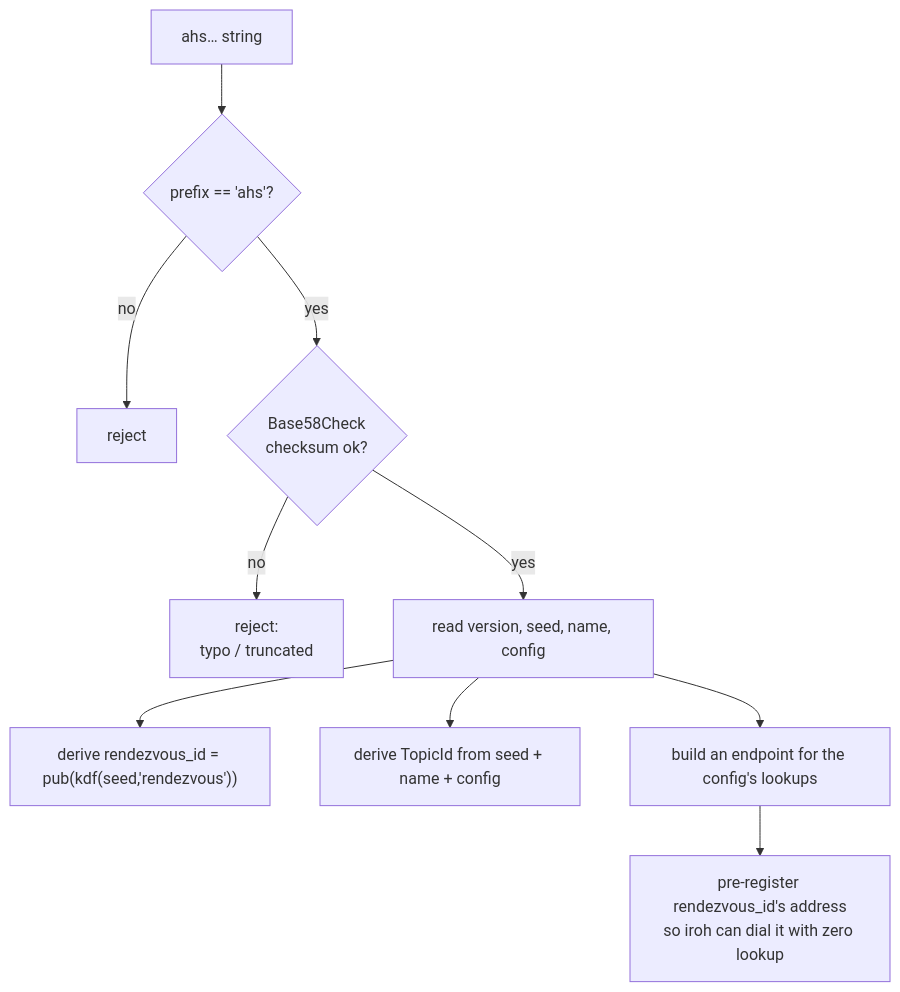
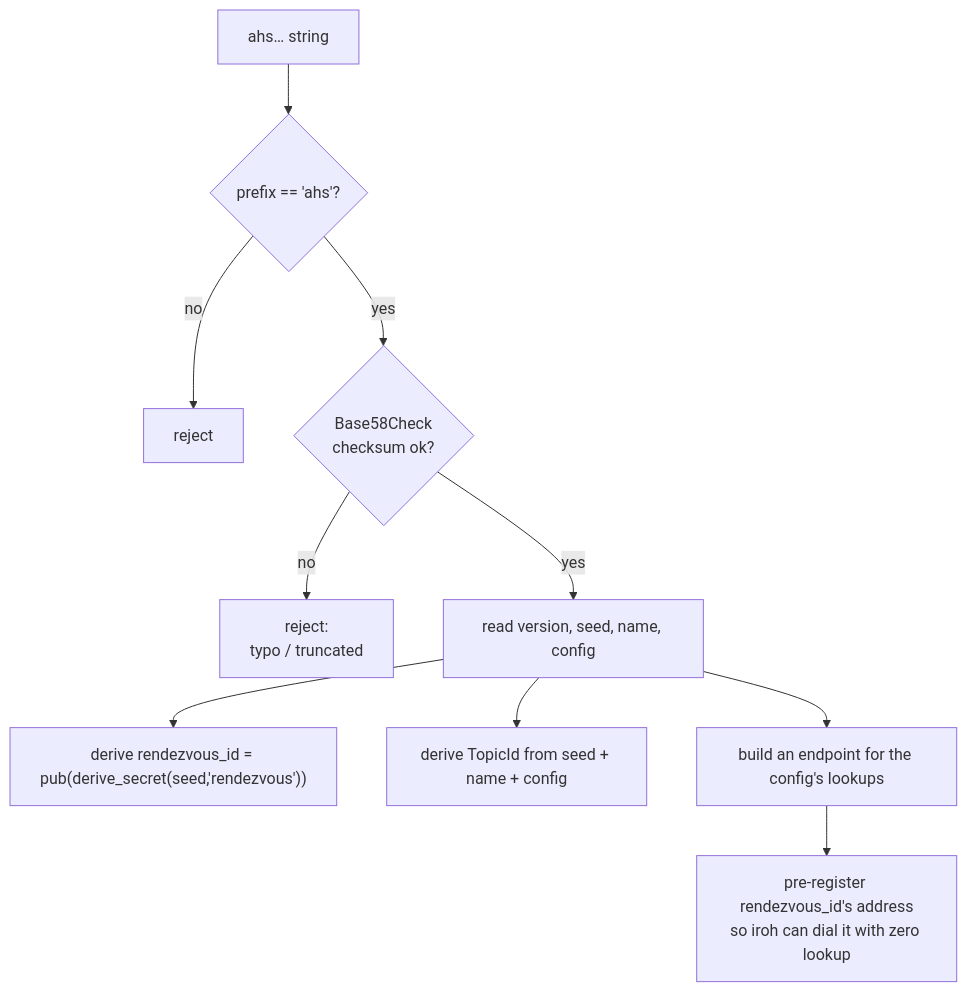
One commit to agent-habilis/agent-gossip changed the second of 6 diagrams in docs/discovery.md. Above: the diagram before and after it, drawn with Mermaid. The commit also changed other lines of this file and 13 other files, not shown here.

````diff
--- a/docs/discovery.md
+++ b/docs/discovery.md
@@ -94,13 +94,13 @@
 ```mermaid
 flowchart TB
     S["ahs… string"]
     S --> A{"prefix == 'ahs'?"}
     A -->|no| X1[reject]
     A -->|yes| B{"Base58Check<br/>checksum ok?"}
     B -->|no| X2["reject:<br/>typo / truncated"]
     B -->|yes| C["read version, seed, name, config"]
-    C --> D["derive rendezvous_id = pub(kdf(seed,'rendezvous'))"]
+    C --> D["derive rendezvous_id = pub(derive_secret(seed,'rendezvous'))"]
     C --> E["derive TopicId from seed + name + config"]
     C --> F["build an endpoint for the config's lookups"]
     F --> G["pre-register rendezvous_id's address<br/>so iroh can dial it with zero lookup"]
 ```
````
